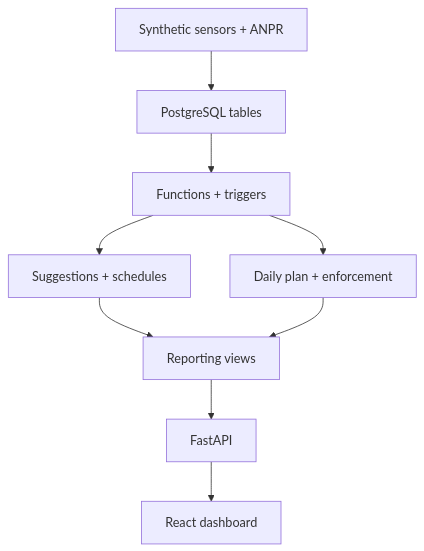
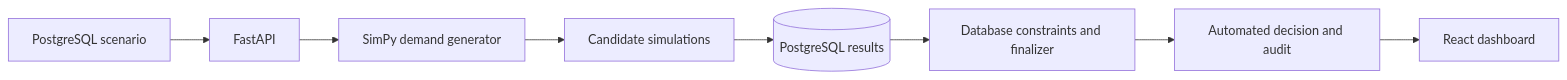
The diagram in README.md (rufayed-rehan/LaneShift-BD), drawn with Mermaid before and after one commit. The commit also changed other lines of this file, not shown here.

````diff
--- a/README.md
+++ b/README.md
@@ -21,11 +27,10 @@
 ```mermaid
-flowchart TD
-    A["Synthetic sensors + ANPR"] --> B["PostgreSQL tables"]
-    B --> C["Functions + triggers"]
-    C --> D["Suggestions + schedules"]
-    C --> E["Daily plan + enforcement"]
-    D --> F["Reporting views"]
-    E --> F
-    F --> G["FastAPI"]
-    G --> H["React dashboard"]
+flowchart LR
+    A[PostgreSQL scenario] --> B[FastAPI]
+    B --> C[SimPy demand generator]
+    C --> D[Candidate simulations]
+    D --> E[(PostgreSQL results)]
+    E --> F[Database constraints and finalizer]
+    F --> G[Automated decision and audit]
+    G --> H[React dashboard]
 ```
````
